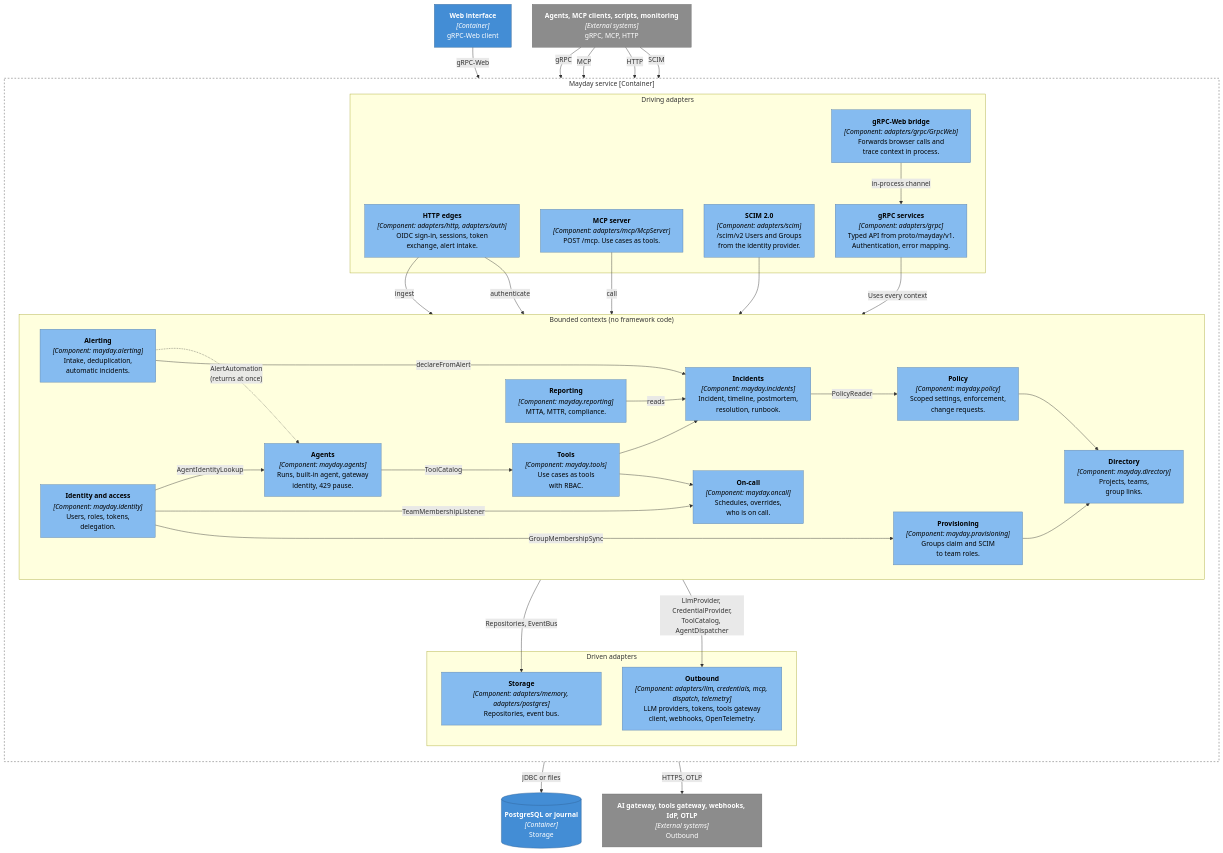
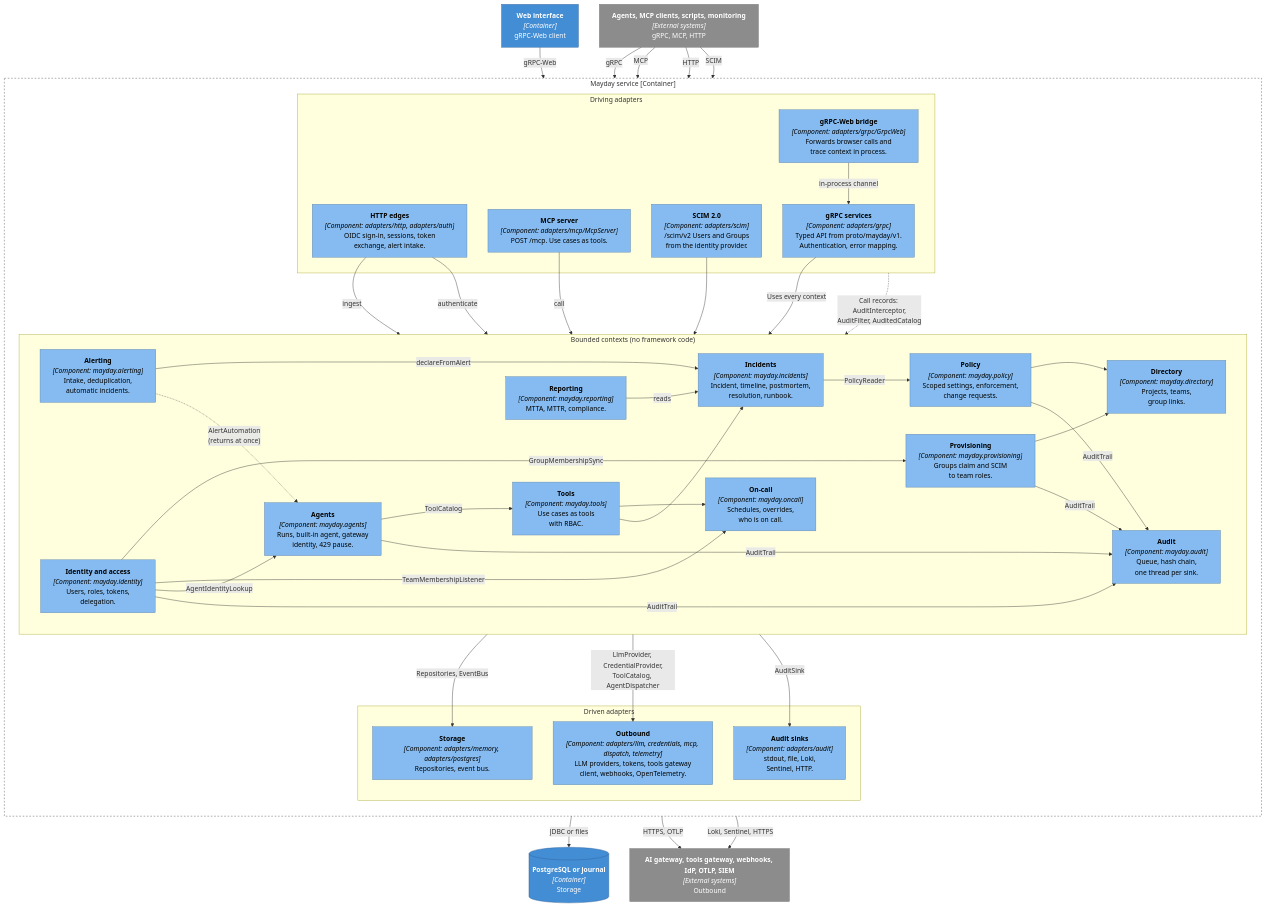
The third of 8 diagrams in docs/c4.md (gigabrain-ideas/mayday), drawn with Mermaid before and after one commit. The commit also changed other lines of this file and 55 other files, not shown here.

````diff
--- a/docs/c4.md
+++ b/docs/c4.md
@@ -121,73 +126,79 @@
 ```mermaid
 %%{init: {"flowchart": {"wrappingWidth": 320}}}%%
 flowchart TB
   web["<b>Web interface</b><br/><i>[Container]</i><br/>gRPC-Web client"]
   clients["<b>Agents, MCP clients, scripts, monitoring</b><br/><i>[External systems]</i><br/>gRPC, MCP, HTTP"]
   subgraph svc["Mayday service [Container]"]
     direction TB
     subgraph driving["Driving adapters"]
       grpc["<b>gRPC services</b><br/><i>[Component: adapters/grpc]</i><br/>Typed API from proto/mayday/v1.<br/>Authentication, error mapping."]
       grpcweb["<b>gRPC-Web bridge</b><br/><i>[Component: adapters/grpc/GrpcWeb]</i><br/>Forwards browser calls and<br/>trace context in process."]
       edges["<b>HTTP edges</b><br/><i>[Component: adapters/http, adapters/auth]</i><br/>OIDC sign-in, sessions, token<br/>exchange, alert intake."]
       mcpserver["<b>MCP server</b><br/><i>[Component: adapters/mcp/McpServer]</i><br/>POST /mcp. Use cases as tools."]
       scim["<b>SCIM 2.0</b><br/><i>[Component: adapters/scim]</i><br/>/scim/v2 Users and Groups<br/>from the identity provider."]
     end
     subgraph domain["Bounded contexts (no framework code)"]
       direction LR
       alerting["<b>Alerting</b><br/><i>[Component: mayday.alerting]</i><br/>Intake, deduplication,<br/>automatic incidents."]
       incidents["<b>Incidents</b><br/><i>[Component: mayday.incidents]</i><br/>Incident, timeline, postmortem,<br/>resolution, runbook."]
       agentsctx["<b>Agents</b><br/><i>[Component: mayday.agents]</i><br/>Runs, built-in agent, gateway<br/>identity, 429 pause."]
       tools["<b>Tools</b><br/><i>[Component: mayday.tools]</i><br/>Use cases as tools<br/>with RBAC."]
       policy["<b>Policy</b><br/><i>[Component: mayday.policy]</i><br/>Scoped settings, enforcement,<br/>change requests."]
       identity["<b>Identity and access</b><br/><i>[Component: mayday.identity]</i><br/>Users, roles, tokens,<br/>delegation."]
       directory["<b>Directory</b><br/><i>[Component: mayday.directory]</i><br/>Projects, teams,<br/>group links."]
       oncall["<b>On-call</b><br/><i>[Component: mayday.oncall]</i><br/>Schedules, overrides,<br/>who is on call."]
       provisioning["<b>Provisioning</b><br/><i>[Component: mayday.provisioning]</i><br/>Groups claim and SCIM<br/>to team roles."]
       reporting["<b>Reporting</b><br/><i>[Component: mayday.reporting]</i><br/>MTTA, MTTR, compliance."]
+      audit["<b>Audit</b><br/><i>[Component: mayday.audit]</i><br/>Queue, hash chain,<br/>one thread per sink."]
     end
     subgraph driven["Driven adapters"]
       storage["<b>Storage</b><br/><i>[Component: adapters/memory, adapters/postgres]</i><br/>Repositories, event bus."]
       outbound["<b>Outbound</b><br/><i>[Component: adapters/llm, credentials, mcp, dispatch, telemetry]</i><br/>LLM providers, tokens, tools gateway<br/>client, webhooks, OpenTelemetry."]
+      sinks["<b>Audit sinks</b><br/><i>[Component: adapters/audit]</i><br/>stdout, file, Loki,<br/>Sentinel, HTTP."]
     end
   end
   store[("<b>PostgreSQL or journal</b><br/><i>[Container]</i><br/>Storage")]
-  ext["<b>AI gateway, tools gateway, webhooks, IdP, OTLP</b><br/><i>[External systems]</i><br/>Outbound"]
+  ext["<b>AI gateway, tools gateway, webhooks, IdP, OTLP, SIEM</b><br/><i>[External systems]</i><br/>Outbound"]
   web -- "gRPC-Web" --> grpcweb
   clients -- "gRPC" --> grpc
   clients -- "MCP" --> mcpserver
   clients -- "HTTP" --> edges
   grpcweb -- "in-process channel" --> grpc
   grpc -- "Uses every context" --> domain
   edges -- "ingest" --> alerting
   edges -- "authenticate" --> identity
   mcpserver -- "call" --> tools
   clients -- "SCIM" --> scim
   scim --> provisioning
   identity -- "GroupMembershipSync" --> provisioning
   identity -- "TeamMembershipListener" --> oncall
   provisioning --> directory
   tools --> oncall
   alerting -- "declareFromAlert" --> incidents
   alerting -. "AlertAutomation<br/>(returns at once)" .-> agentsctx
   agentsctx -- "ToolCatalog" --> tools
   tools --> incidents
   incidents -- "PolicyReader" --> policy
   policy --> directory
   identity -- "AgentIdentityLookup" --> agentsctx
   reporting -- "reads" --> incidents
   domain -- "Repositories, EventBus" --> storage
   agentsctx -- "LlmProvider, CredentialProvider,<br/>ToolCatalog, AgentDispatcher" --> outbound
   storage -- "JDBC or files" --> store
   outbound -- "HTTPS, OTLP" --> ext
+  driving -. "Call records: AuditInterceptor,<br/>AuditFilter, AuditedCatalog" .-> audit
+  identity & policy & agentsctx & provisioning -- "AuditTrail" --> audit
+  audit -- "AuditSink" --> sinks
+  sinks -- "Loki, Sentinel, HTTPS" --> ext
   classDef person fill:#08427b,stroke:#052e56,color:#fff
   classDef system fill:#1168bd,stroke:#0b4884,color:#fff
   classDef container fill:#438dd5,stroke:#2e6295,color:#fff
   classDef component fill:#85bbf0,stroke:#5d82a8,color:#000
   classDef ext fill:#8c8c8c,stroke:#6b6b6b,color:#fff
   classDef optional stroke-dasharray:6 4,stroke-width:2px
   classDef boundary fill:none,stroke:#444,stroke-dasharray:4 4
   class web,store container
   class clients,ext ext
-  class grpc,grpcweb,edges,mcpserver,scim,alerting,incidents,agentsctx,tools,policy,identity,directory,oncall,provisioning,reporting,storage,outbound component
+  class grpc,grpcweb,edges,mcpserver,scim,alerting,incidents,agentsctx,tools,policy,identity,directory,oncall,provisioning,reporting,audit,storage,outbound,sinks component
   class svc boundary
 ```
````
